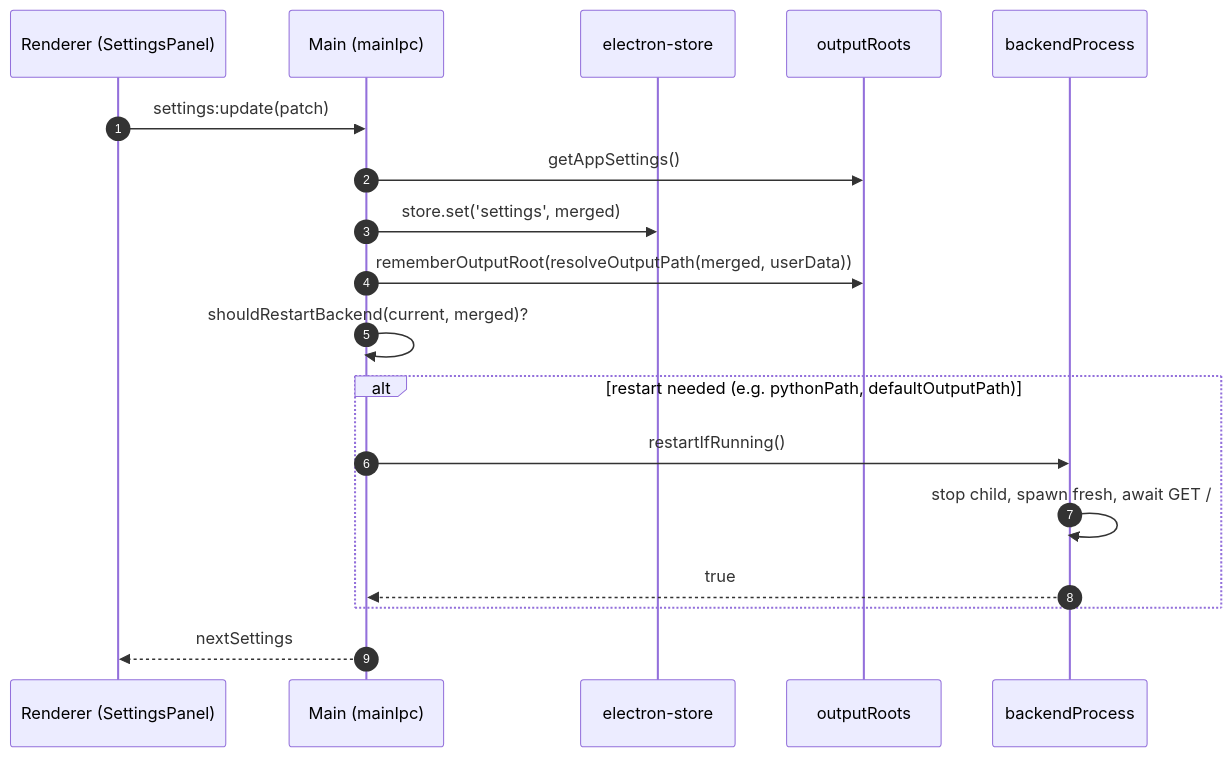
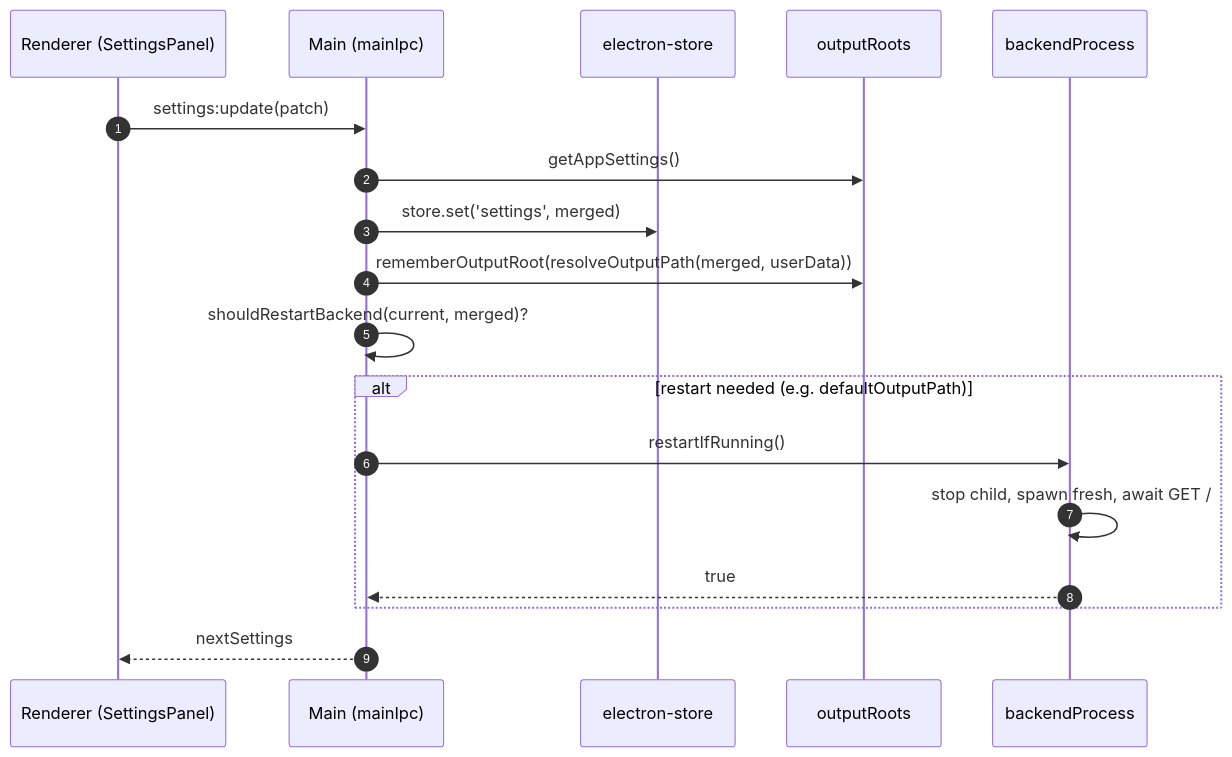
Before and after one commit to Git-Rocky-Stack/vision-studio: the seventh of 9 diagrams in docs/ARCHITECTURE.md, drawn with Mermaid. The commit also changed other lines of this file and 629 other files, not shown here.

````diff
--- a/docs/ARCHITECTURE.md
+++ b/docs/ARCHITECTURE.md
@@ -568,21 +578,21 @@
 ```mermaid
 sequenceDiagram
     autonumber
     participant U as Renderer (SettingsPanel)
     participant E as Main (mainIpc)
     participant S as electron-store
     participant OR as outputRoots
     participant BP as backendProcess
 
     U->>E: settings:update(patch)
     E->>OR: getAppSettings()           # current
     E->>S: store.set('settings', merged)
     E->>OR: rememberOutputRoot(resolveOutputPath(merged, userData))
     E->>E: shouldRestartBackend(current, merged)?
-    alt restart needed (e.g. pythonPath, defaultOutputPath)
+    alt restart needed (e.g. defaultOutputPath)
         E->>BP: restartIfRunning()
         BP->>BP: stop child, spawn fresh, await GET /
         BP-->>E: true
     end
     E-->>U: nextSettings
 ```
````
